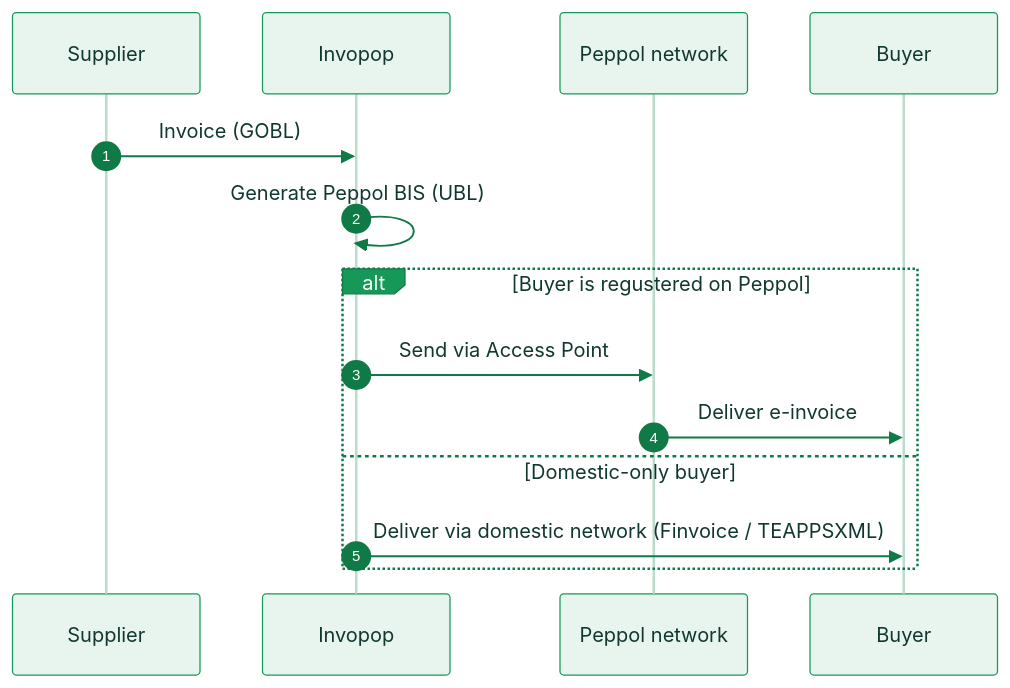
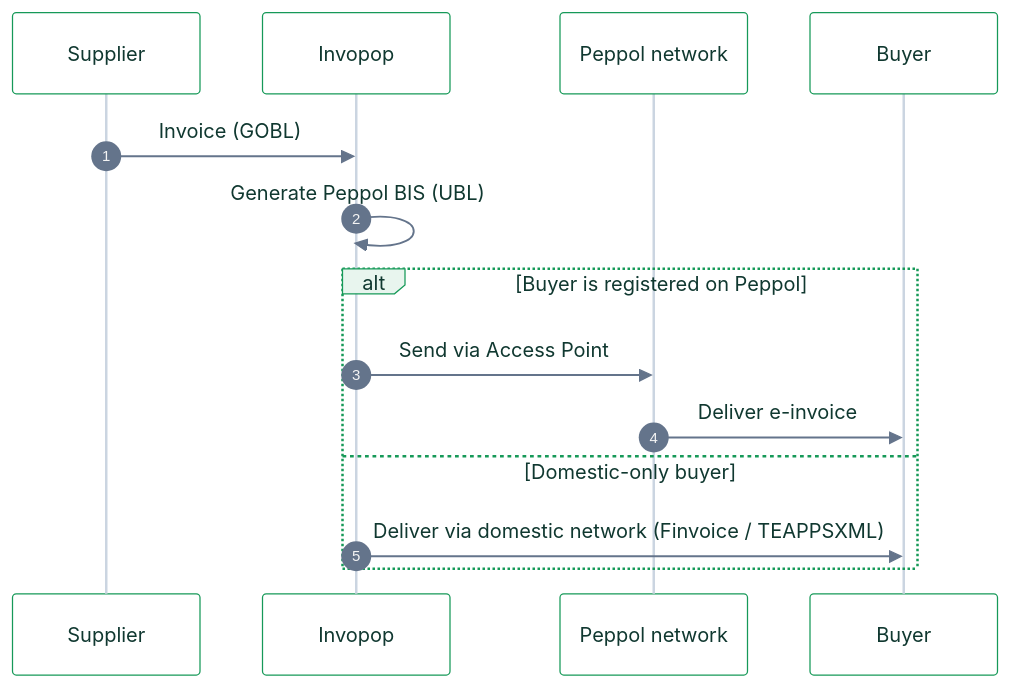
Before and after one commit to invopop/docs.invopop.com: the diagram in compliance/finland.mdx, drawn with Mermaid. The commit also changed other lines of this file, not shown here.

Commit message:
Address Copilot review feedback
Use the standard mermaid-style sequence diagram header instead of
per-diagram theme colors, and fix two typos and one grammar issue.

````diff
--- a/compliance/finland.mdx
+++ b/compliance/finland.mdx
@@ -41,17 +41,17 @@
 ```mermaid
-%%{init: {'theme':'base','themeVariables':{'actorBkg':'#e8f5ee','actorBorder':'#169958','actorTextColor':'#103830','actorLineColor':'#bcdccb','signalColor':'#0f7a45','signalTextColor':'#103830','noteBkgColor':'#ffffff','noteBorderColor':'#169958','noteTextColor':'#103830','labelBoxBkgColor':'#169958','labelBoxBorderColor':'#0f7a45','labelTextColor':'#ffffff','sequenceNumberColor':'#ffffff'}}}%%
+%%{init: {'theme':'base','themeVariables':{'actorBkg':'#ffffff','actorBorder':'#169958','actorTextColor':'#103830','actorLineColor':'#cbd5e1','signalColor':'#64748b','signalTextColor':'#103830','noteBkgColor':'#f4faf6','noteBorderColor':'#169958','noteTextColor':'#103830','labelBoxBkgColor':'#e8f5ee','labelBoxBorderColor':'#169958','labelTextColor':'#103830'}}}%%
 sequenceDiagram
     autonumber
     participant S as Supplier
     participant IV as Invopop
     participant P as Peppol network
     participant B as Buyer
     S->>IV: Invoice (GOBL)
     IV->>IV: Generate Peppol BIS (UBL)
-    alt Buyer is regustered on Peppol
+    alt Buyer is registered on Peppol
         IV->>P: Send via Access Point
         P->>B: Deliver e-invoice
     else Domestic-only buyer
         IV->>B: Deliver via domestic network (Finvoice / TEAPPSXML)
     end
 ```
````
